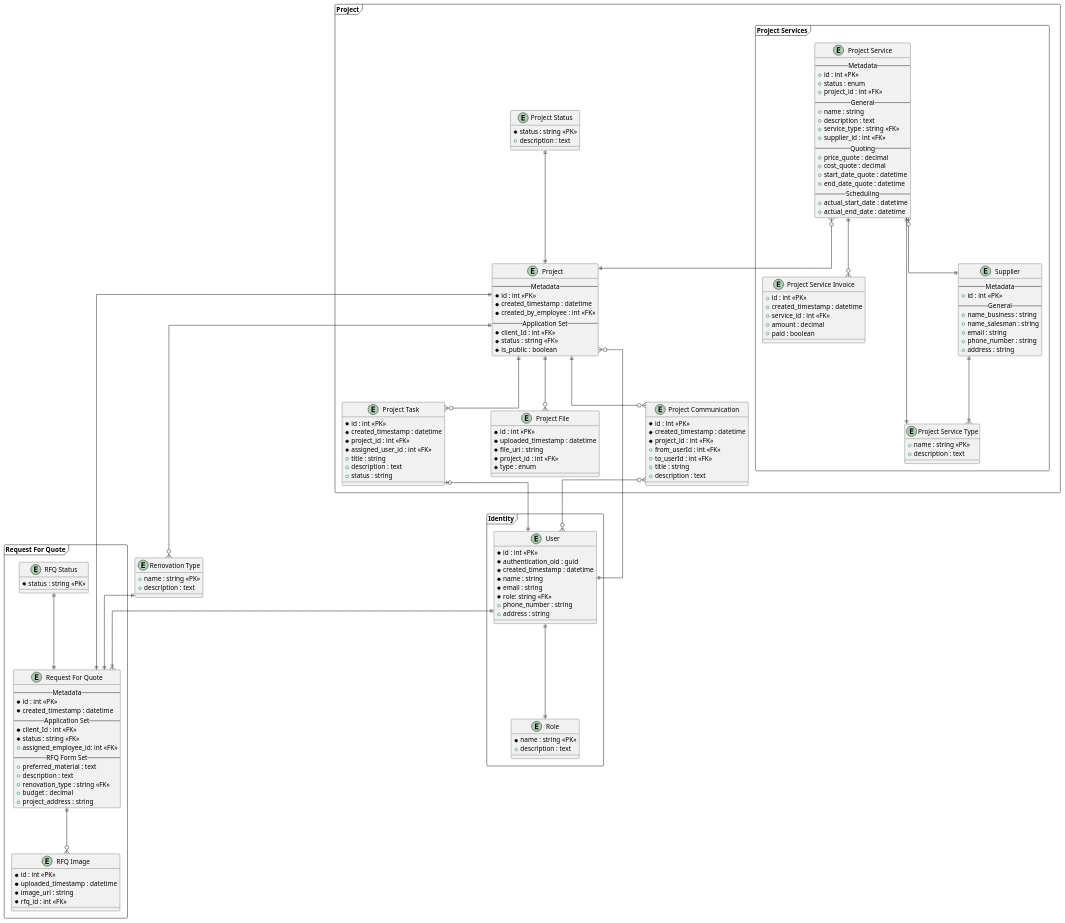
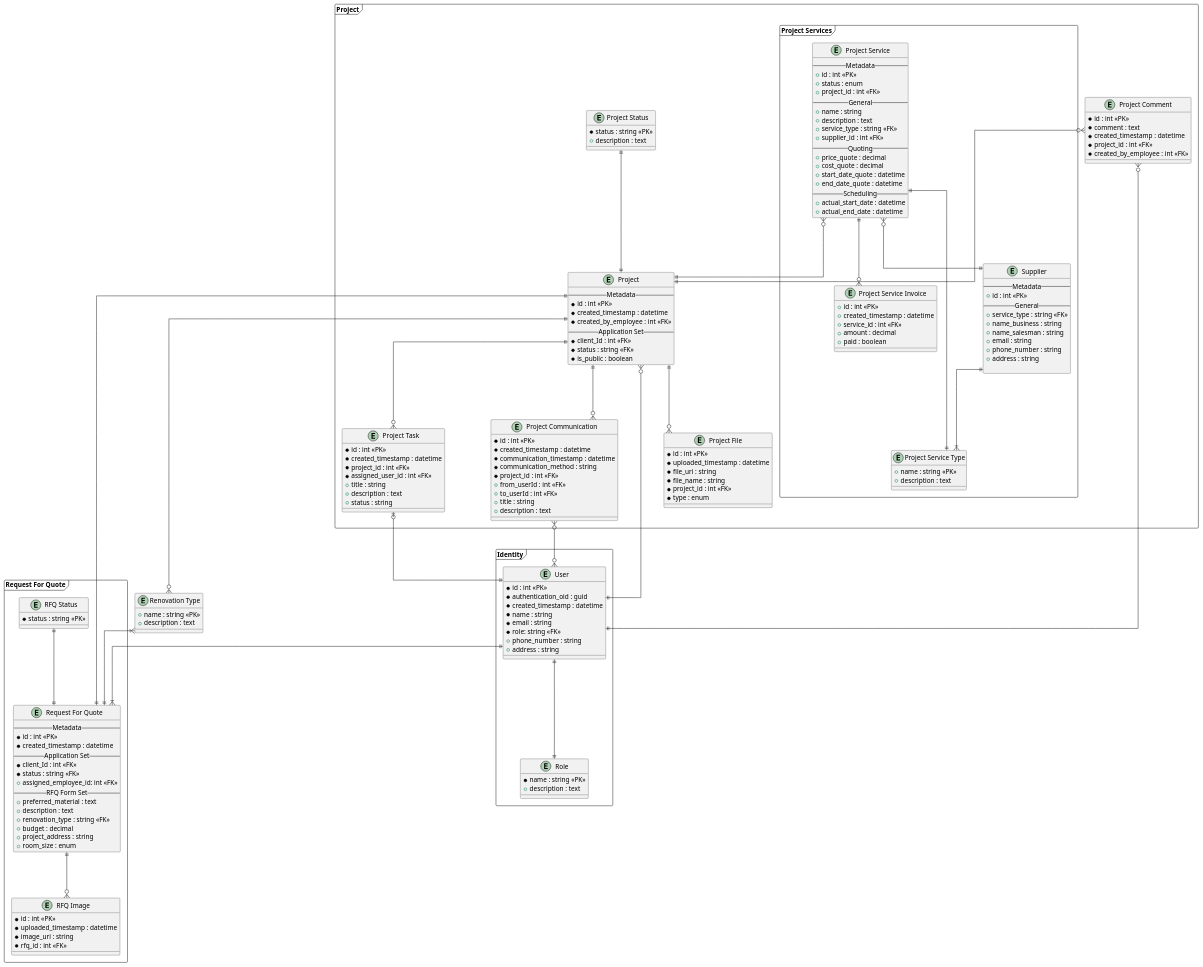
Before and after one commit to Web-Development-UAlberta/exsm-3951-exsm-3943-spring-2025-python-c-project-construction-project-team: the diagram in docs/ERD/ERD.plantuml, drawn with PlantUML. The commit also changed 1 other file, not shown here.

Commit message:
Update ERD for internal & instructor feedback;

```diff
--- a/docs/ERD/ERD.plantuml
+++ b/docs/ERD/ERD.plantuml
@@ -46,6 +46,7 @@
     +renovation_type : string <<FK>>
     +budget : decimal
     +project_address : string
+    +room_size : enum
     }
 
     entity "RFQ Image" as RFQImage {
@@ -60,7 +61,7 @@
     }
 
     User ||--|{ RFQ
-    RenovationType ||--|| RFQ
+    RenovationType }|--|| RFQ
     RFQ ||--o{ RFQImage
     RFQStatus ||--|| RFQ
 } 
@@ -77,6 +78,13 @@
     *is_public : boolean
     }
 
+    entity "Project Comment" as ProjectComment {
+        *id : int <<PK>>
+        *comment : text
+        *created_timestamp : datetime
+        *project_id : int <<FK>>
+        *created_by_employee : int <<FK>>
+    }
     entity "Project Status" as ProjectStatus {
         *status : string <<PK>>
         +description : text
@@ -109,11 +117,13 @@
             -- Metadata --
             +id : int <<PK>>
             -- General --
+            +service_type : string <<FK>>
             +name_business : string
             +name_salesman : string
             +email : string
             +phone_number : string
             +address : string
+            
         }
 
         entity "Project Service Invoice" as ProjectServiceInvoice {
@@ -144,6 +154,8 @@
     entity "Project Communication" as ProjectCommunication {
         *id : int <<PK>>
         *created_timestamp : datetime
+        *communication_timestamp : datetime
+        *communication_method : string
         *project_id : int <<FK>>
         +from_userId : int <<FK>>
         +to_userId : int <<FK>>
@@ -155,6 +167,7 @@
         *id : int <<PK>>
         *uploaded_timestamp : datetime
         *file_uri : string
+        *file_name : string
         *project_id : int <<FK>>
         *type : enum
     }
@@ -169,6 +182,9 @@
     ProjectService }o--|| Project
     Project ||--o{ RenovationType
     ProjectStatus ||--|| Project
+    ProjectComment }o--|| Project
+    ProjectComment }o--|| User
+    
 }
 
 
```
